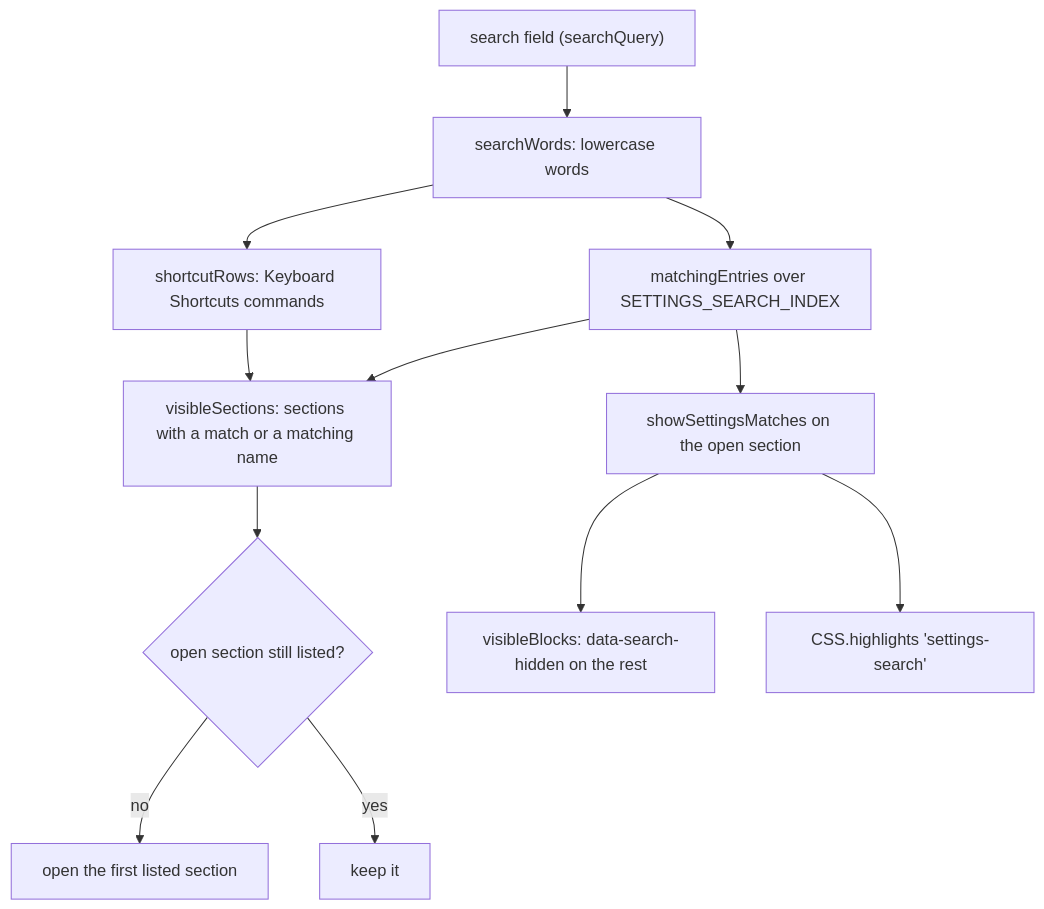
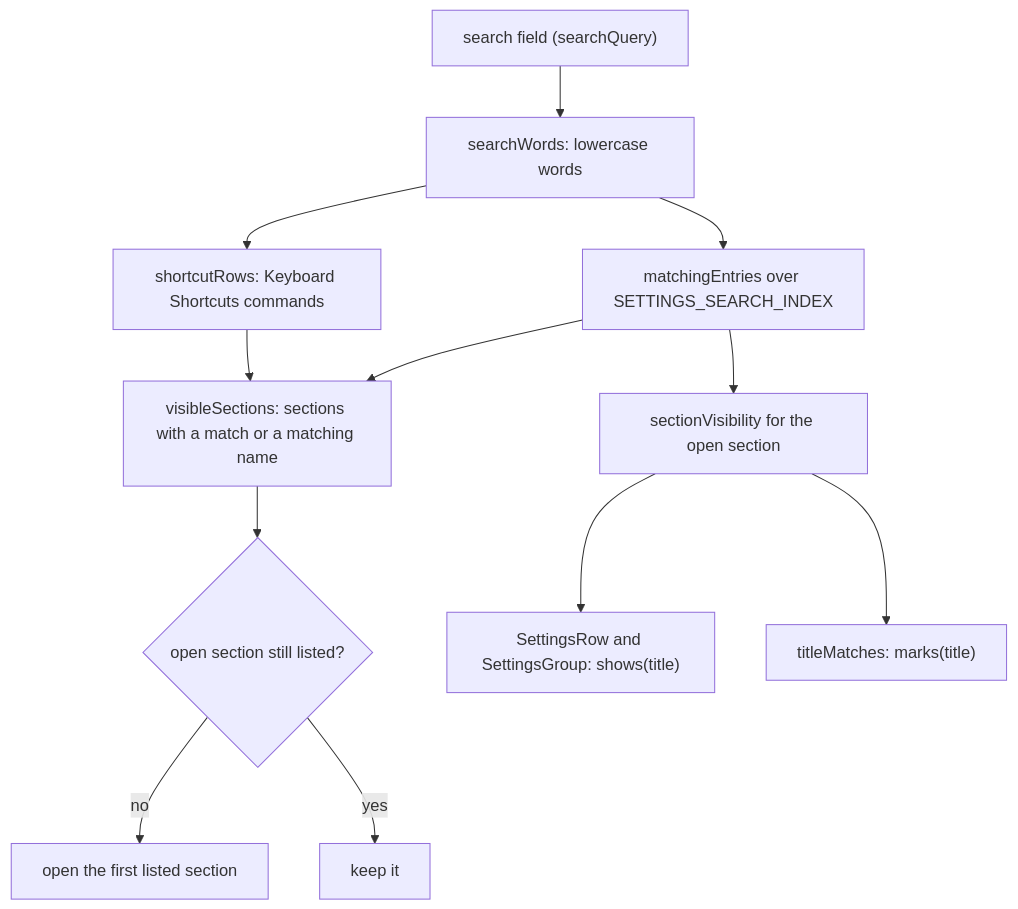
One commit to shibbirweb/git-manager changed the diagram in docs/wiki/developer/How-Settings-Search-Works.md. Above: the diagram before and after it, drawn with Mermaid. The commit also changed other lines of this file and 373 other files, not shown here.

````diff
--- a/docs/wiki/developer/How-Settings-Search-Works.md
+++ b/docs/wiki/developer/How-Settings-Search-Works.md
@@ -13,14 +13,14 @@
 ```mermaid
 flowchart TD
   Field["search field (searchQuery)"] --> Words["searchWords: lowercase words"]
   Words --> Match["matchingEntries over SETTINGS_SEARCH_INDEX"]
   Words --> Keys["shortcutRows: Keyboard Shortcuts commands"]
   Match --> Sections["visibleSections: sections with a match or a matching name"]
   Keys --> Sections
   Sections --> Pick{"open section still listed?"}
   Pick -- no --> First["open the first listed section"]
   Pick -- yes --> Stay["keep it"]
-  Match --> Show["showSettingsMatches on the open section"]
-  Show --> Hide["visibleBlocks: data-search-hidden on the rest"]
-  Show --> Highlight["CSS.highlights 'settings-search'"]
+  Match --> View["sectionVisibility for the open section"]
+  View --> Rows["SettingsRow and SettingsGroup: shows(title)"]
+  View --> Marks["titleMatches: marks(title)"]
 ```
````
